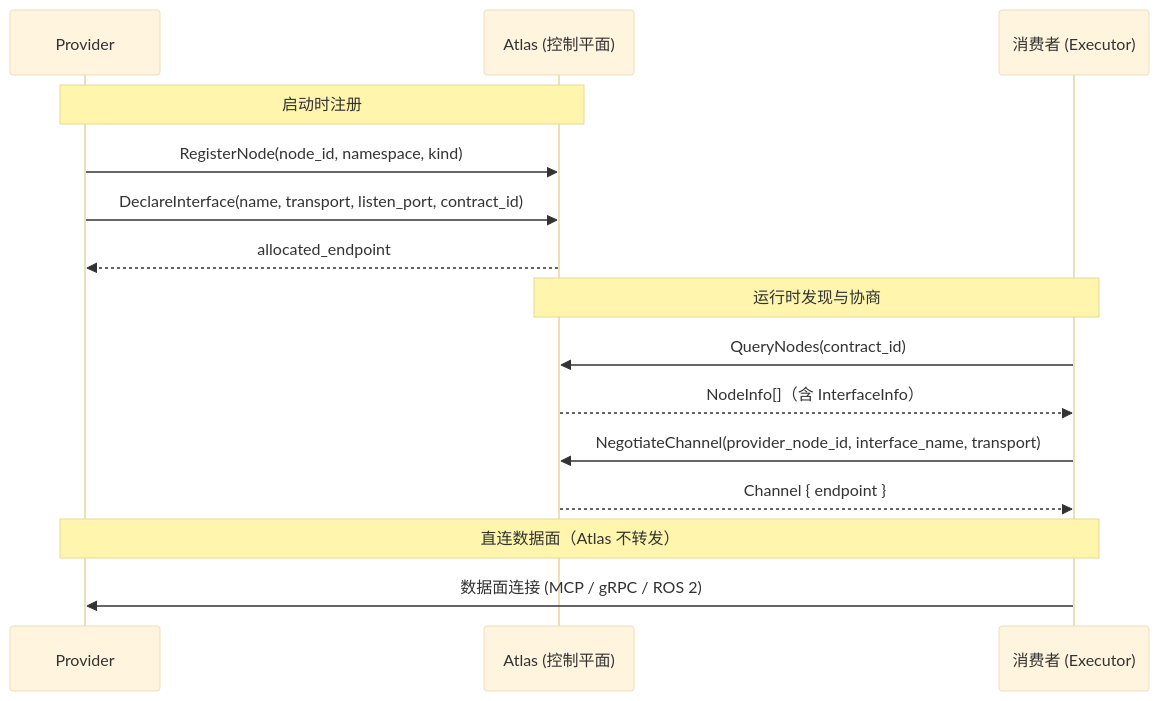
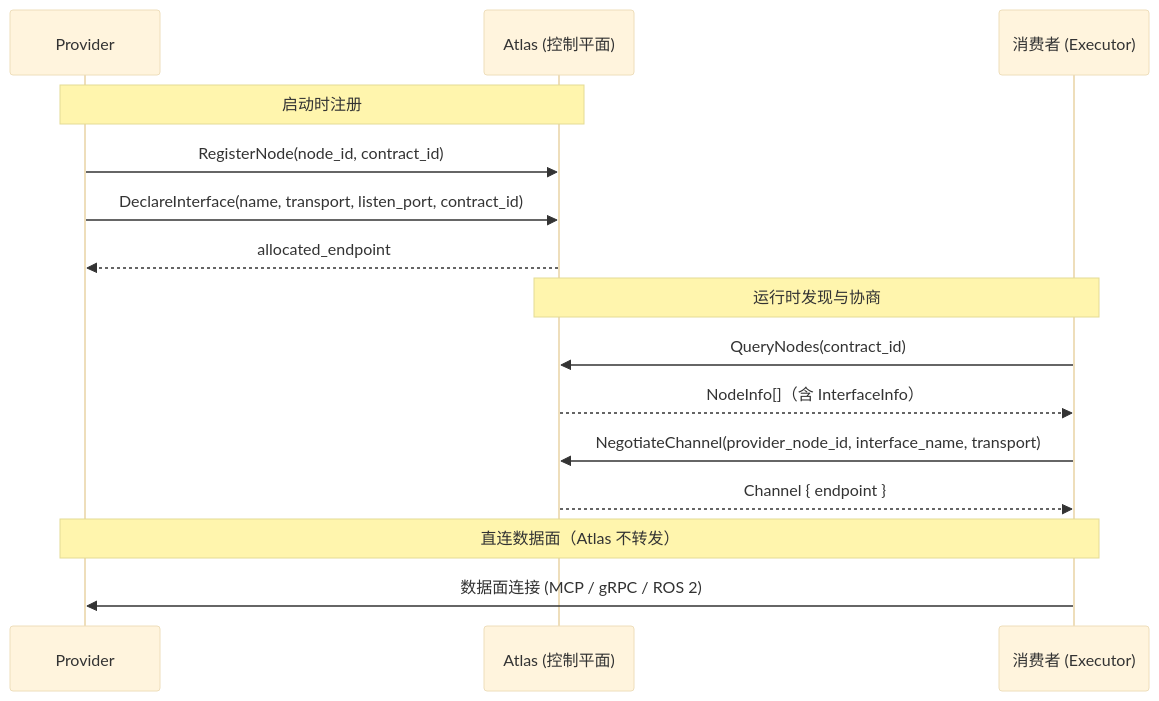
Before and after one commit to syswonder/robonix-book: the diagram in src/architecture/namespace-and-interfaces.md, drawn with Mermaid. The commit also changed other lines of this file and 32 other files, not shown here.

First line of the commit message:
docs: update README and architecture documentation

````diff
--- a/src/architecture/namespace-and-interfaces.md
+++ b/src/architecture/namespace-and-interfaces.md
@@ -127,21 +127,21 @@
 ```mermaid
 %%{init: {'theme': 'base'}}%%
 sequenceDiagram
     participant P as Provider
     participant A as Atlas (控制平面)
     participant C as 消费者 (Executor)
 
     Note over P,A: 启动时注册
-    P->>A: RegisterNode(node_id, namespace, kind)
+    P->>A: RegisterNode(node_id, contract_id)
     P->>A: DeclareInterface(name, transport, listen_port, contract_id)
     A-->>P: allocated_endpoint
 
     Note over C,A: 运行时发现与协商
     C->>A: QueryNodes(contract_id)
     A-->>C: NodeInfo[]（含 InterfaceInfo）
     C->>A: NegotiateChannel(provider_node_id, interface_name, transport)
     A-->>C: Channel { endpoint }
 
     Note over C,P: 直连数据面（Atlas 不转发）
     C->>P: 数据面连接 (MCP / gRPC / ROS 2)
 ```
````
